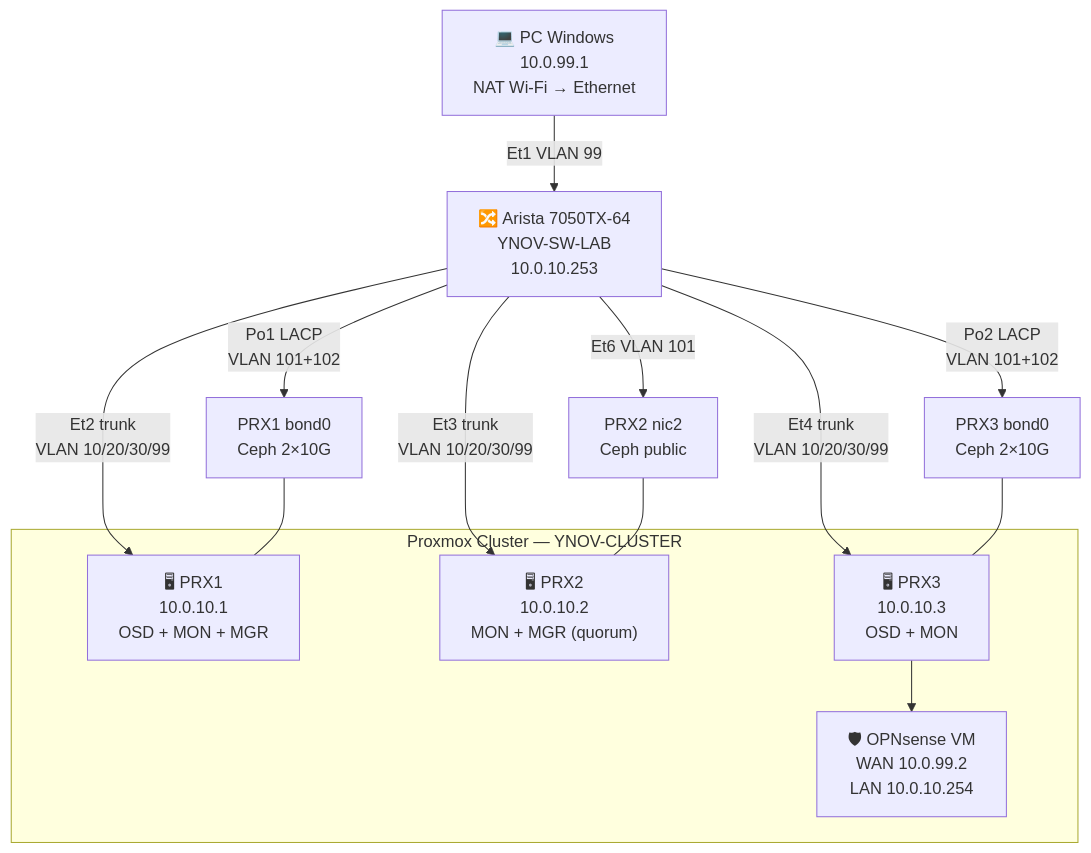
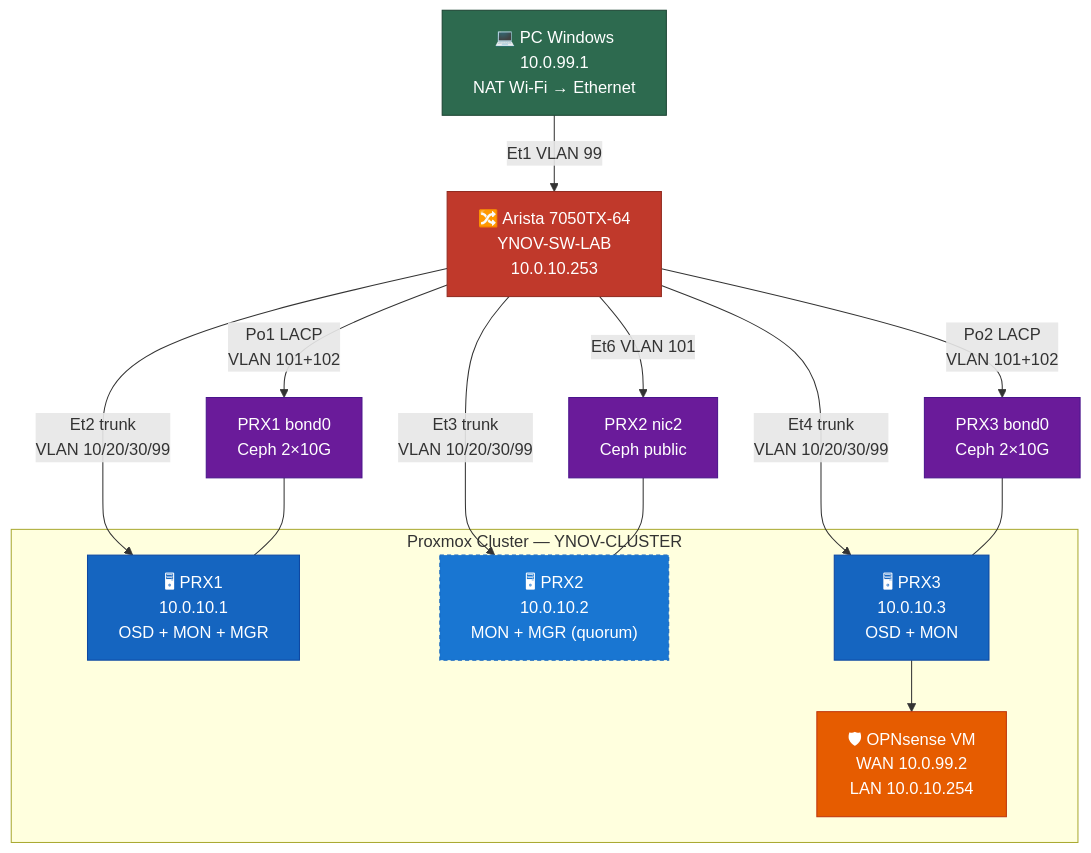
One commit to astronas/ynov-virtu changed the diagram in docs/index.md. Above: the diagram before and after it, drawn with Mermaid. The commit also changed other lines of this file and 1 other file, not shown here.

Commit message:
feat: colorize mermaid diagrams, add switch image placeholder

````diff
--- a/docs/index.md
+++ b/docs/index.md
@@ -10,27 +14,34 @@
 ```mermaid
 graph TD
-    PC["💻 PC Windows\n10.0.99.1\nNAT Wi-Fi → Ethernet"]
-    SW["🔀 Arista 7050TX-64\nYNOV-SW-LAB\n10.0.10.253"]
+    classDef windows  fill:#2d6a4f,stroke:#1b4332,color:#fff
+    classDef switch   fill:#c0392b,stroke:#922b21,color:#fff
+    classDef proxmox  fill:#1565c0,stroke:#0d47a1,color:#fff
+    classDef quorum   fill:#1976d2,stroke:#1565c0,color:#fff,stroke-dasharray:4 3
+    classDef opnsense fill:#e65c00,stroke:#bf360c,color:#fff
+    classDef ceph     fill:#6a1b9a,stroke:#4a148c,color:#fff
+
+    PC["💻 PC Windows\n10.0.99.1\nNAT Wi-Fi → Ethernet"]:::windows
+    SW["🔀 Arista 7050TX-64\nYNOV-SW-LAB\n10.0.10.253"]:::switch
 
     PC -- "Et1 VLAN 99" --> SW
 
     SW -- "Et2 trunk\nVLAN 10/20/30/99" --> PRX1
     SW -- "Et3 trunk\nVLAN 10/20/30/99" --> PRX2
     SW -- "Et4 trunk\nVLAN 10/20/30/99" --> PRX3
 
-    SW -- "Po1 LACP\nVLAN 101+102" --> PRX1_CEPH["PRX1 bond0\nCeph 2×10G"]
-    SW -- "Et6 VLAN 101" --> PRX2_CEPH["PRX2 nic2\nCeph public"]
-    SW -- "Po2 LACP\nVLAN 101+102" --> PRX3_CEPH["PRX3 bond0\nCeph 2×10G"]
+    SW -- "Po1 LACP\nVLAN 101+102" --> PRX1_CEPH["PRX1 bond0\nCeph 2×10G"]:::ceph
+    SW -- "Et6 VLAN 101" --> PRX2_CEPH["PRX2 nic2\nCeph public"]:::ceph
+    SW -- "Po2 LACP\nVLAN 101+102" --> PRX3_CEPH["PRX3 bond0\nCeph 2×10G"]:::ceph
 
     subgraph CLUSTER["Proxmox Cluster — YNOV-CLUSTER"]
-        PRX1["🖥 PRX1\n10.0.10.1\nOSD + MON + MGR"]
-        PRX2["🖥 PRX2\n10.0.10.2\nMON + MGR (quorum)"]
-        PRX3["🖥 PRX3\n10.0.10.3\nOSD + MON"]
-        OPN["🛡 OPNsense VM\nWAN 10.0.99.2\nLAN 10.0.10.254"]
+        PRX1["🖥 PRX1\n10.0.10.1\nOSD + MON + MGR"]:::proxmox
+        PRX2["🖥 PRX2\n10.0.10.2\nMON + MGR (quorum)"]:::quorum
+        PRX3["🖥 PRX3\n10.0.10.3\nOSD + MON"]:::proxmox
+        OPN["🛡 OPNsense VM\nWAN 10.0.99.2\nLAN 10.0.10.254"]:::opnsense
         PRX3 --> OPN
     end
 
     PRX1_CEPH --- PRX1
     PRX2_CEPH --- PRX2
     PRX3_CEPH --- PRX3
 ```
````
